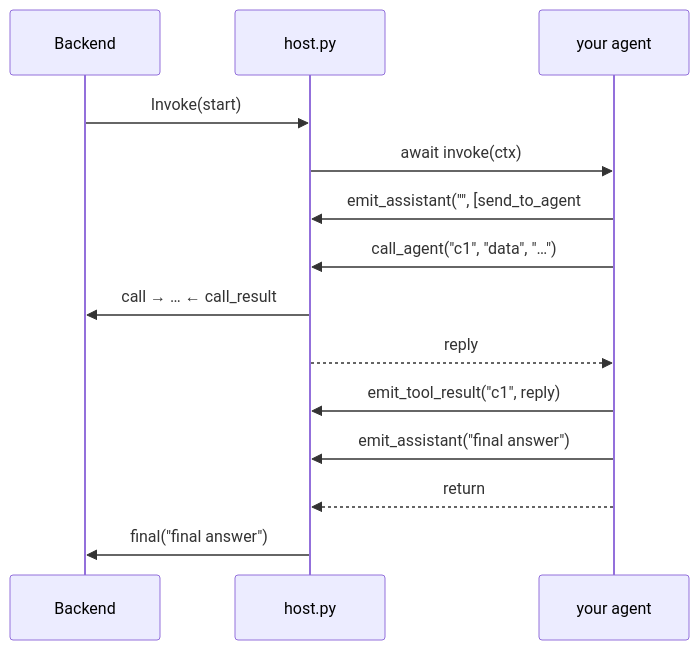
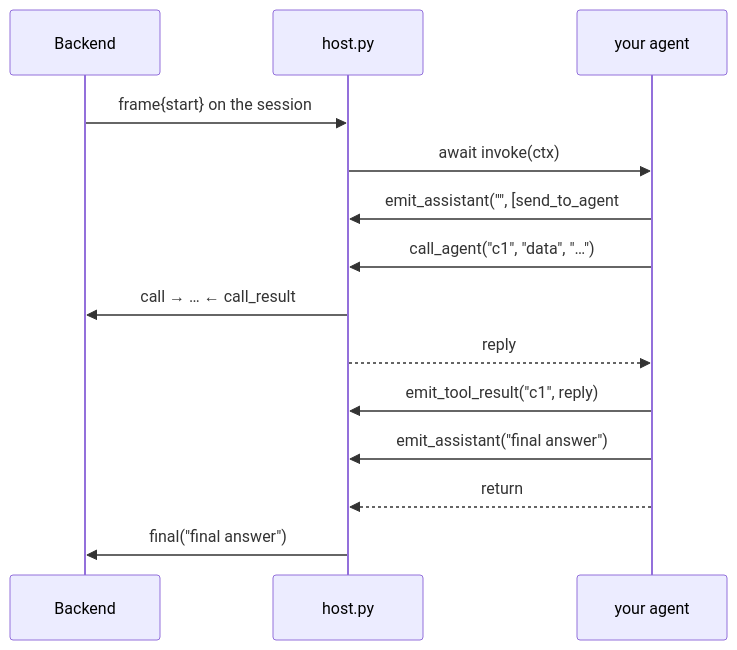
Before and after one commit to leminhohoho/vde-agent-demo: the diagram in agents/_template/README.md, drawn with Mermaid. The commit also changed other lines of this file and 61 other files, not shown here.

````diff
--- a/agents/_template/README.md
+++ b/agents/_template/README.md
@@ -81,16 +104,16 @@
 ```mermaid
 sequenceDiagram
   participant BE as Backend
   participant H as host.py
   participant A as your agent
-  BE->>H: Invoke(start)
+  BE->>H: frame{start} on the session
   H->>A: await invoke(ctx)
   A->>H: emit_assistant("", [send_to_agent#c1])
   A->>H: call_agent("c1", "data", "…")
   H->>BE: call → … ← call_result
   H-->>A: reply
   A->>H: emit_tool_result("c1", reply)
   A->>H: emit_assistant("final answer")
   A-->>H: return
   H->>BE: final("final answer")
 ```
````
